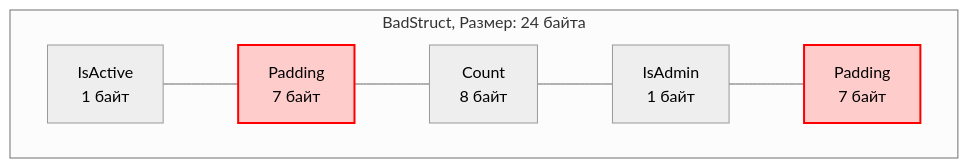
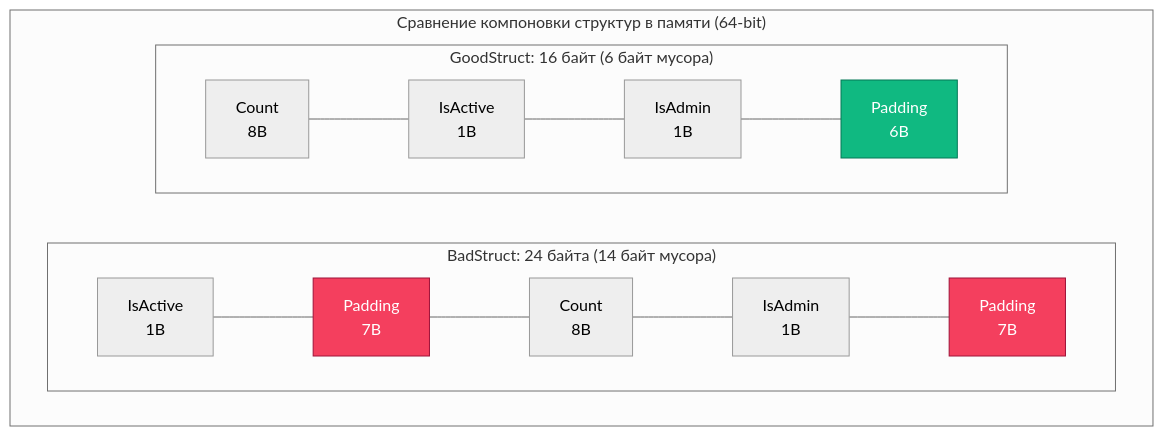
The diagram in sources/16. Профилирование, отладка и производительность/09. Практические оптимизации/5. Оптимизация структур данных.md (UnrealTemplier/go-textbook), drawn with Mermaid (neutral theme) before and after one commit. The commit also changed other lines of this file, not shown here.

Commit message:
feat(module-16): editorial rewrite of lecture 5 (Оптимизация структур данных) in Subsection 09 in Kernighan style

````diff
--- a/sources/16. Профилирование, отладка и производительность/09. Практические оптимизации/5. Оптимизация структур данных.md
+++ b/sources/16. Профилирование, отладка и производительность/09. Практические оптимизации/5. Оптимизация структур данных.md
@@ -45,13 +58,23 @@
 ```mermaid
-flowchart LR
-    subgraph BadStruct ["BadStruct, Размер: 24 байта"]
-        direction LR
-        A["IsActive<br>1 байт"] --- P1["Padding<br>7 байт"]
-        P1 --- B["Count<br>8 байт"]
-        B --- C["IsAdmin<br>1 байт"]
-        C --- P2["Padding<br>7 байт"]
-        
-        style P1 fill:#ffcccc,stroke:#ff0000,stroke-width:2px,color:#000
-        style P2 fill:#ffcccc,stroke:#ff0000,stroke-width:2px,color:#000
+flowchart TD
+    subgraph BadVsGood ["Сравнение компоновки структур в памяти (64-bit)"]
+        subgraph Bad ["BadStruct: 24 байта (14 байт мусора)"]
+            direction LR
+            B1["IsActive<br/>1B"] --- P1["Padding<br/>7B"]
+            P1 --- B2["Count<br/>8B"]
+            B2 --- B3["IsAdmin<br/>1B"]
+            B3 --- P2["Padding<br/>7B"]
+        end
+
+        subgraph Good ["GoodStruct: 16 байт (6 байт мусора)"]
+            direction LR
+            G1["Count<br/>8B"] --- G2["IsActive<br/>1B"]
+            G2 --- G3["IsAdmin<br/>1B"]
+            G3 --- P3["Padding<br/>6B"]
+        end
     end
+    
+    style P1 fill:#f43f5e,stroke:#9f1239,stroke-width:1px,color:#fff
+    style P2 fill:#f43f5e,stroke:#9f1239,stroke-width:1px,color:#fff
+    style P3 fill:#10b981,stroke:#047857,stroke-width:1px,color:#fff
 ```
````
